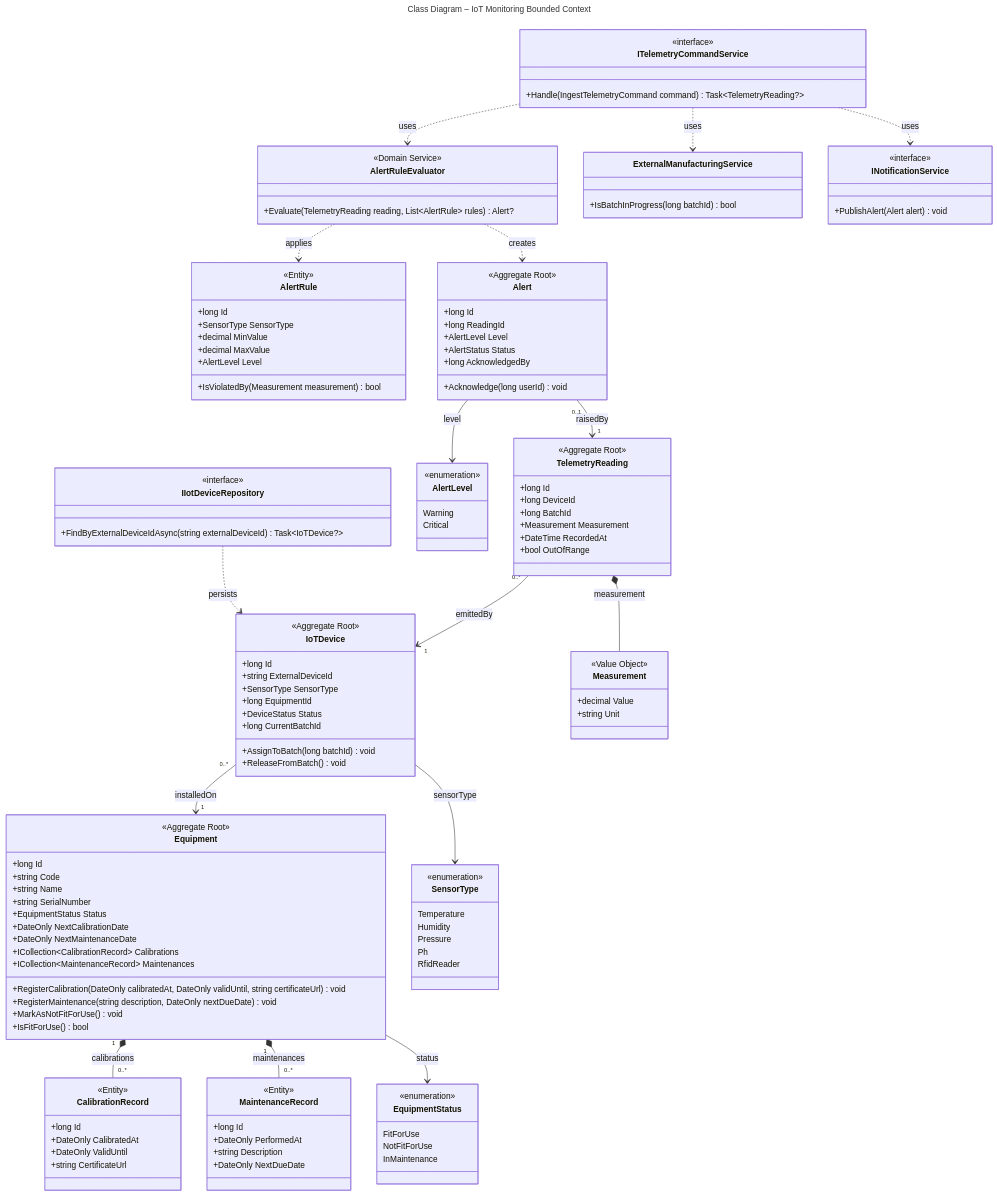
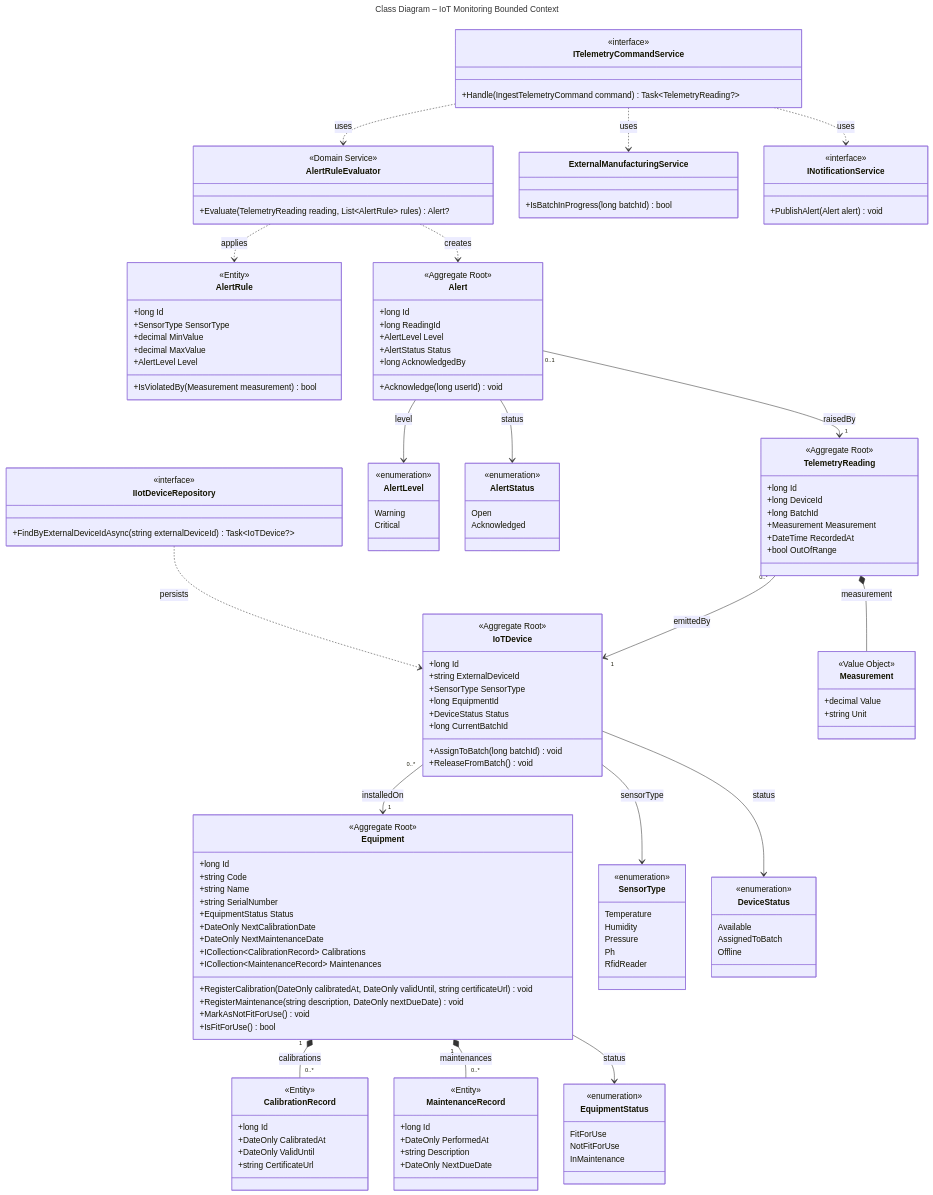
One commit to IngesCompanyCC/IngesCompanyCC-Project-Report changed the diagram in assets/diagrams/mermaid/class-05-iot.mmd. Above: the diagram before and after it, drawn with Mermaid. The commit also changed 2 other files, not shown here.

Commit message:
fix(diagrams): add the missing enums to the class diagrams

```diff
--- a/assets/diagrams/mermaid/class-05-iot.mmd
+++ b/assets/diagrams/mermaid/class-05-iot.mmd
@@ -1,131 +1,144 @@
 ---
 title: "Class Diagram – IoT Monitoring Bounded Context"
 ---
 classDiagram
   direction TB
   class Equipment {
     <<Aggregate Root>>
     +long Id
     +string Code
     +string Name
     +string SerialNumber
     +EquipmentStatus Status
     +DateOnly NextCalibrationDate
     +DateOnly NextMaintenanceDate
     +ICollection~CalibrationRecord~ Calibrations
     +ICollection~MaintenanceRecord~ Maintenances
     +RegisterCalibration(DateOnly calibratedAt, DateOnly validUntil, string certificateUrl) void
     +RegisterMaintenance(string description, DateOnly nextDueDate) void
     +MarkAsNotFitForUse() void
     +IsFitForUse() bool
   }
   class CalibrationRecord {
     <<Entity>>
     +long Id
     +DateOnly CalibratedAt
     +DateOnly ValidUntil
     +string CertificateUrl
   }
   class MaintenanceRecord {
     <<Entity>>
     +long Id
     +DateOnly PerformedAt
     +string Description
     +DateOnly NextDueDate
   }
   class IoTDevice {
     <<Aggregate Root>>
     +long Id
     +string ExternalDeviceId
     +SensorType SensorType
     +long EquipmentId
     +DeviceStatus Status
     +long CurrentBatchId
     +AssignToBatch(long batchId) void
     +ReleaseFromBatch() void
   }
   class TelemetryReading {
     <<Aggregate Root>>
     +long Id
     +long DeviceId
     +long BatchId
     +Measurement Measurement
     +DateTime RecordedAt
     +bool OutOfRange
   }
   class AlertRule {
     <<Entity>>
     +long Id
     +SensorType SensorType
     +decimal MinValue
     +decimal MaxValue
     +AlertLevel Level
     +IsViolatedBy(Measurement measurement) bool
   }
   class Alert {
     <<Aggregate Root>>
     +long Id
     +long ReadingId
     +AlertLevel Level
     +AlertStatus Status
     +long AcknowledgedBy
     +Acknowledge(long userId) void
   }
   class Measurement {
     <<Value Object>>
     +decimal Value
     +string Unit
   }
   class AlertRuleEvaluator {
     <<Domain Service>>
     +Evaluate(TelemetryReading reading, List~AlertRule~ rules) Alert?
   }
   class SensorType {
     <<enumeration>>
     Temperature
     Humidity
     Pressure
     Ph
     RfidReader
   }
   class EquipmentStatus {
     <<enumeration>>
     FitForUse
     NotFitForUse
     InMaintenance
   }
   class AlertLevel {
     <<enumeration>>
     Warning
     Critical
   }
+  class DeviceStatus {
+    <<enumeration>>
+    Available
+    AssignedToBatch
+    Offline
+  }
+  class AlertStatus {
+    <<enumeration>>
+    Open
+    Acknowledged
+  }
   class ITelemetryCommandService {
     <<interface>>
     +Handle(IngestTelemetryCommand command) Task~TelemetryReading?~
   }
   class IIotDeviceRepository {
     <<interface>>
     +FindByExternalDeviceIdAsync(string externalDeviceId) Task~IoTDevice?~
   }
   class ExternalManufacturingService {
     +IsBatchInProgress(long batchId) bool
   }
   class INotificationService {
     <<interface>>
     +PublishAlert(Alert alert) void
   }
   Equipment "1" *-- "0..*" CalibrationRecord : calibrations
   Equipment "1" *-- "0..*" MaintenanceRecord : maintenances
   IoTDevice "0..*" --> "1" Equipment : installedOn
   TelemetryReading "0..*" --> "1" IoTDevice : emittedBy
   TelemetryReading *-- Measurement : measurement
   Alert "0..1" --> "1" TelemetryReading : raisedBy
   AlertRuleEvaluator ..> AlertRule : applies
   AlertRuleEvaluator ..> Alert : creates
   IoTDevice --> SensorType : sensorType
   Equipment --> EquipmentStatus : status
   Alert --> AlertLevel : level
+  IoTDevice --> DeviceStatus : status
+  Alert --> AlertStatus : status
   ITelemetryCommandService ..> AlertRuleEvaluator : uses
   ITelemetryCommandService ..> ExternalManufacturingService : uses
   ITelemetryCommandService ..> INotificationService : uses
   IIotDeviceRepository ..> IoTDevice : persists
```
